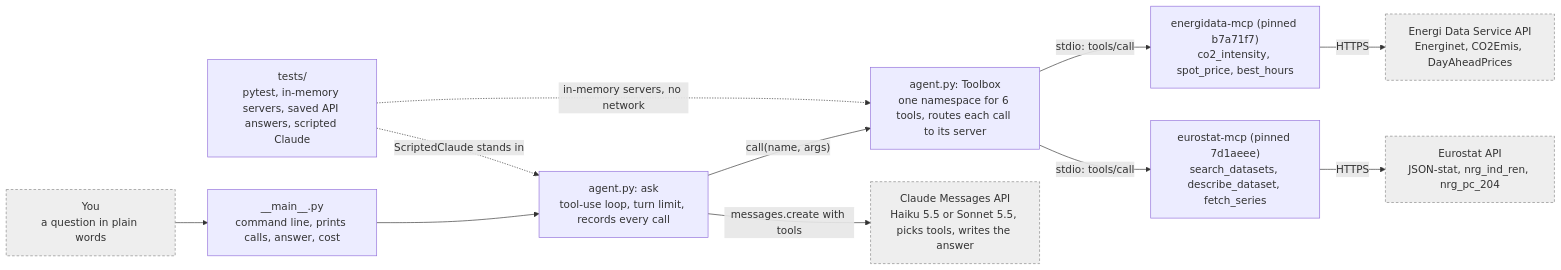
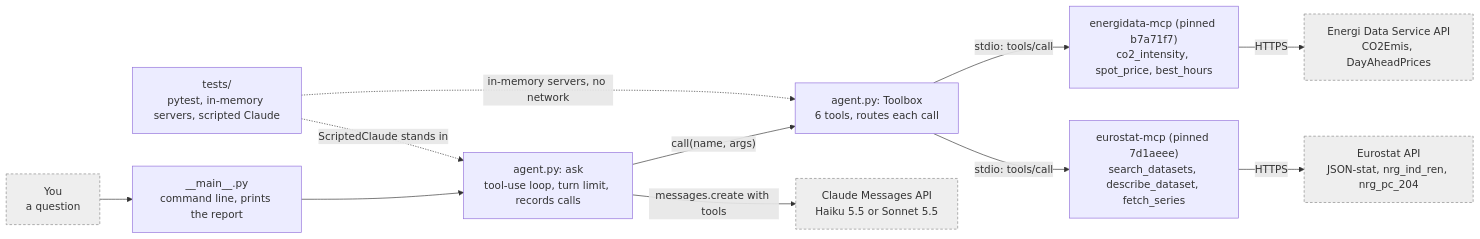
The first of 3 diagrams in docs/architecture.md (batutho-dot/sustainability-data-agent), drawn with Mermaid before and after one commit. The commit also changed other lines of this file and 2 other files, not shown here.

````diff
--- a/docs/architecture.md
+++ b/docs/architecture.md
@@ -13,26 +9,26 @@
 ```mermaid
 flowchart LR
-    user["You<br/>a question in plain words"]
-    cli["__main__.py<br/>command line, prints calls, answer, cost"]
-    agent["agent.py: ask<br/>tool-use loop, turn limit, records every call"]
-    box["agent.py: Toolbox<br/>one namespace for 6 tools, routes each call to its server"]
-    claude["Claude Messages API<br/>Haiku 5.5 or Sonnet 5.5, picks tools, writes the answer"]
+    user["You<br/>a question"]
+    cli["__main__.py<br/>command line, prints the report"]
+    agent["agent.py: ask<br/>tool-use loop, turn limit, records calls"]
+    box["agent.py: Toolbox<br/>6 tools, routes each call"]
+    claude["Claude Messages API<br/>Haiku 5.5 or Sonnet 5.5"]
     e["energidata-mcp (pinned b7a71f7)<br/>co2_intensity, spot_price, best_hours"]
     s["eurostat-mcp (pinned 7d1aeee)<br/>search_datasets, describe_dataset, fetch_series"]
-    eds["Energi Data Service API<br/>Energinet, CO2Emis, DayAheadPrices"]
+    eds["Energi Data Service API<br/>CO2Emis, DayAheadPrices"]
     est["Eurostat API<br/>JSON-stat, nrg_ind_ren, nrg_pc_204"]
-    tests["tests/<br/>pytest, in-memory servers, saved API answers, scripted Claude"]
+    tests["tests/<br/>pytest, in-memory servers, scripted Claude"]
 
     user --> cli --> agent
     agent -->|"messages.create with tools"| claude
     agent -->|"call(name, args)"| box
     box -->|"stdio: tools/call"| e
     box -->|"stdio: tools/call"| s
     e -->|HTTPS| eds
     s -->|HTTPS| est
     tests -.->|"in-memory servers, no network"| box
     tests -.->|"ScriptedClaude stands in"| agent
 
     classDef outside fill:#eee,stroke:#888,stroke-dasharray: 4 3
     class user,claude,eds,est outside
 ```
````
